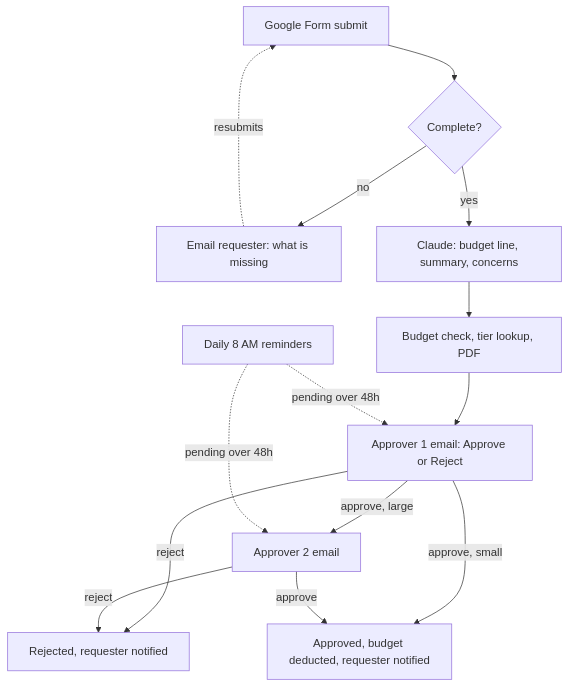
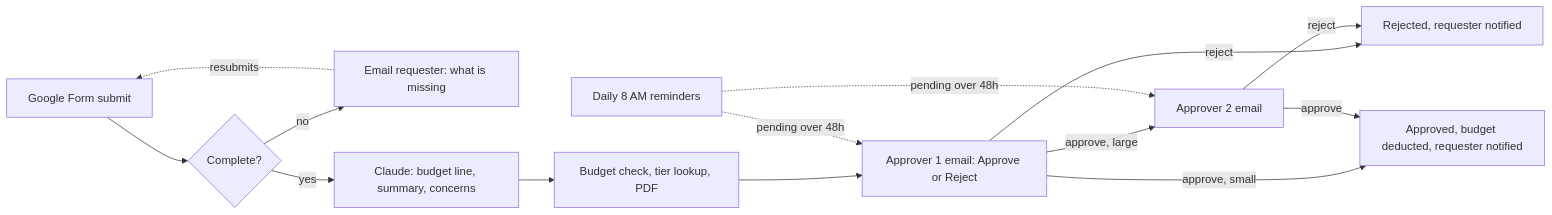
The diagram in README.md (cmishler96/ai-purchase-approval-agent), drawn with Mermaid before and after one commit.

Commit message:
Lay out approval flow diagram left to right

````diff
--- a/README.md
+++ b/README.md
@@ -35,16 +35,16 @@
 ```mermaid
-flowchart TD
+flowchart LR
     A[Google Form submit] --> B{Complete?}
     B -- no --> C[Email requester: what is missing]
     C -. resubmits .-> A
     B -- yes --> D[Claude: budget line, summary, concerns]
     D --> E[Budget check, tier lookup, PDF]
     E --> F[Approver 1 email: Approve or Reject]
     F -- reject --> R[Rejected, requester notified]
     F -- approve, small --> OK[Approved, budget deducted, requester notified]
     F -- approve, large --> G[Approver 2 email]
     G -- approve --> OK
     G -- reject --> R
     H[Daily 8 AM reminders] -. pending over 48h .-> F
     H -. pending over 48h .-> G
 ```
````
